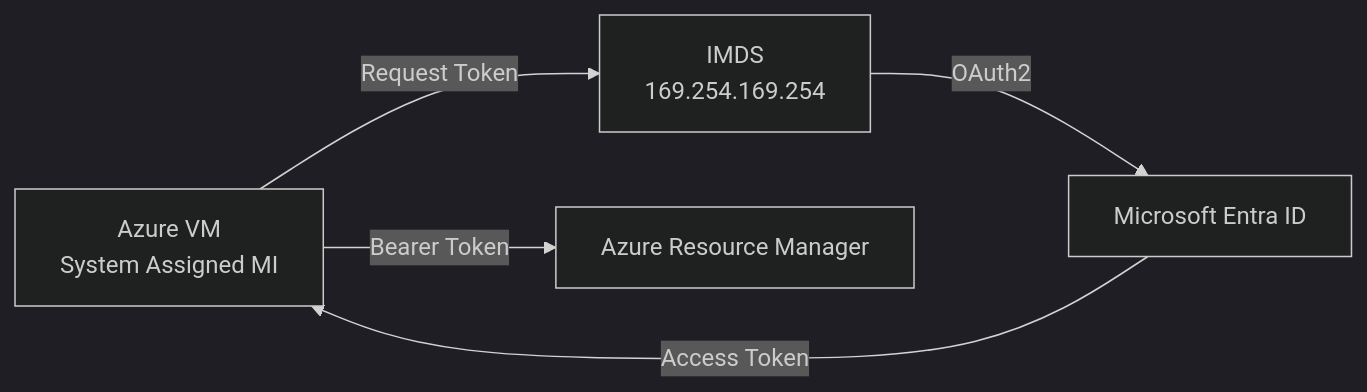
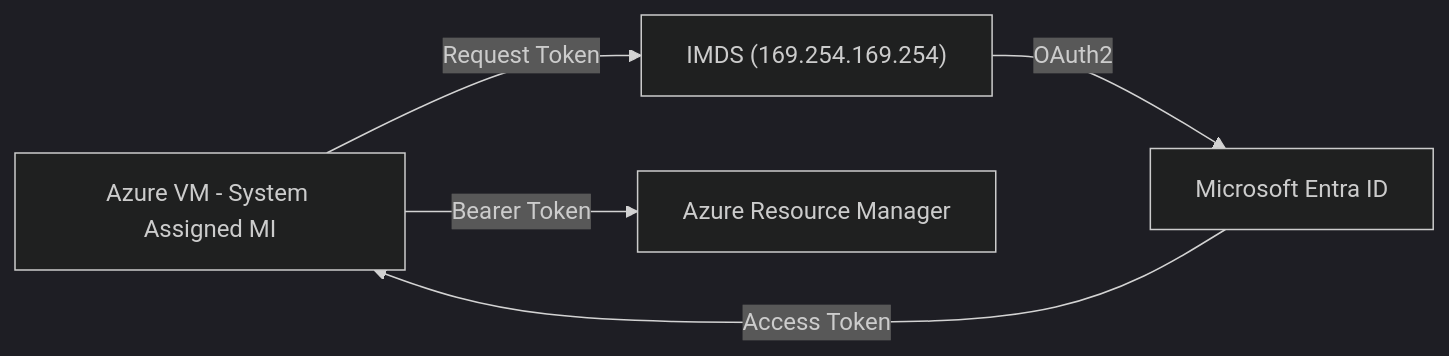
One commit to donaldcarol/azure-authentication-patterns changed the first of 4 diagrams in README.md. Above: the diagram before and after it, drawn with Mermaid (dark theme).

Commit message:
Improve labels in authentication flow diagram
Updated the authentication flow diagram labels for clarity.

`````diff
--- a/README.md
+++ b/README.md
@@ -46,12 +46,13 @@
 ```mermaid
 flowchart LR
-    A[Azure VM<br/>System Assigned MI]
-    B[IMDS<br/>169.254.169.254]
-    C[Microsoft Entra ID]
-    D[Azure Resource Manager]
+    A["Azure VM - System Assigned MI"]
+    B["IMDS (169.254.169.254)"]
+    C["Microsoft Entra ID"]
+    D["Azure Resource Manager"]
 
     A -->|Request Token| B
     B -->|OAuth2| C
     C -->|Access Token| A
     A -->|Bearer Token| D
+
 ````
`````
